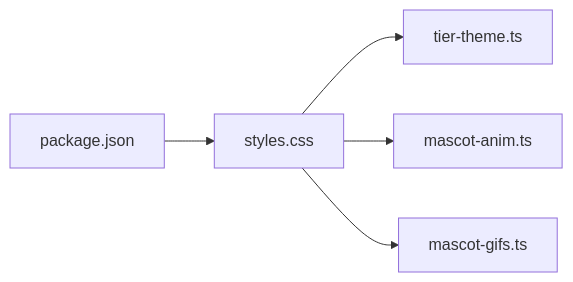
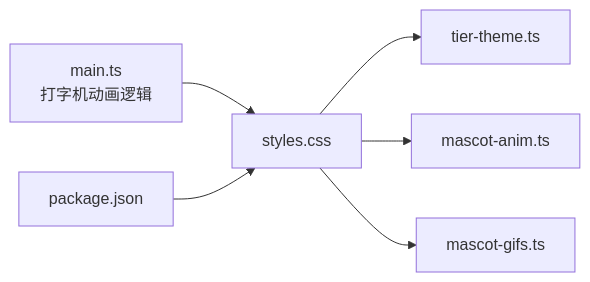
The third of 3 diagrams in .qoder/repowiki/zh/content/前端架构/样式系统.md (Sev73n/cursorq), drawn with Mermaid before and after one commit. The commit also changed other lines of this file and 10 other files, not shown here.

````diff
--- a/.qoder/repowiki/zh/content/前端架构/样式系统.md
+++ b/.qoder/repowiki/zh/content/前端架构/样式系统.md
@@ -208,7 +241,8 @@
 ```mermaid
 graph LR
 S["styles.css"] --> T["tier-theme.ts"]
 S --> M1["mascot-anim.ts"]
 S --> M2["mascot-gifs.ts"]
+M3["main.ts<br/>打字机动画逻辑"] --> S
 P["package.json"] --> S
 ```
````
